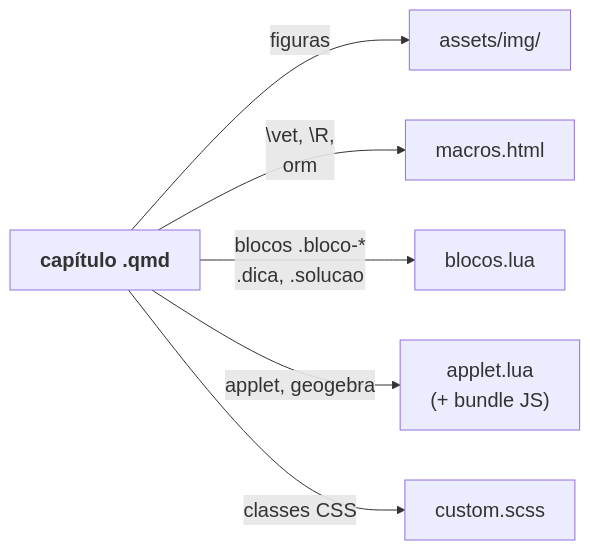
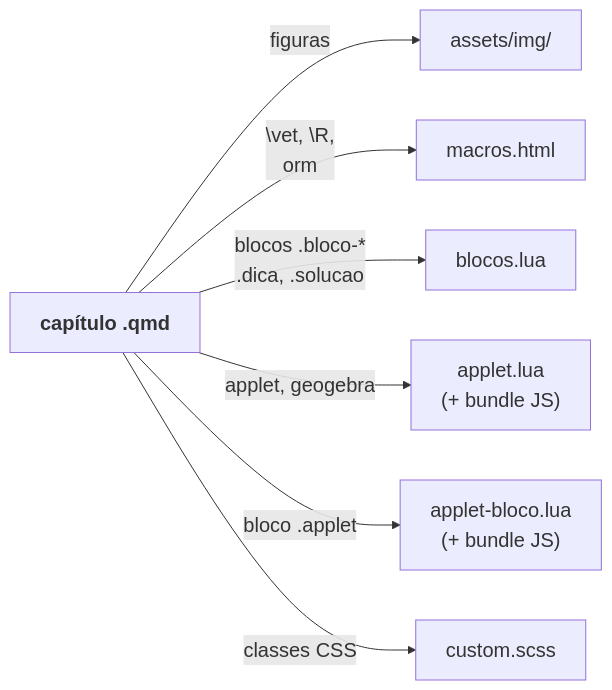
Before and after one commit to lcmerlo/livro-online-fcg: the third of 9 diagrams in _interno/diretrizes/arquitetura.md, drawn with Mermaid. The commit also changed other lines of this file and 17 other files, not shown here.

````diff
--- a/_interno/diretrizes/arquitetura.md
+++ b/_interno/diretrizes/arquitetura.md
@@ -244,10 +252,11 @@
 ```mermaid
 %%{init: {"themeVariables": {"fontSize": "20px"}, "flowchart": {"wrappingWidth": 420}}}%%
 flowchart LR
     cap["<b>capítulo .qmd</b>"]
     cap -->|"figuras"| img["assets/img/"]
     cap -->|"\vet, \R, \norm"| macros["macros.html"]
     cap -->|"blocos .bloco-*<br/>.dica, .solucao"| blocos["blocos.lua"]
     cap -->|"applet, geogebra"| appletlua["applet.lua<br/>(+ bundle JS)"]
+    cap -->|"bloco .applet"| appletbloco["applet-bloco.lua<br/>(+ bundle JS)"]
     cap -->|"classes CSS"| scss["custom.scss"]
 ```
````
